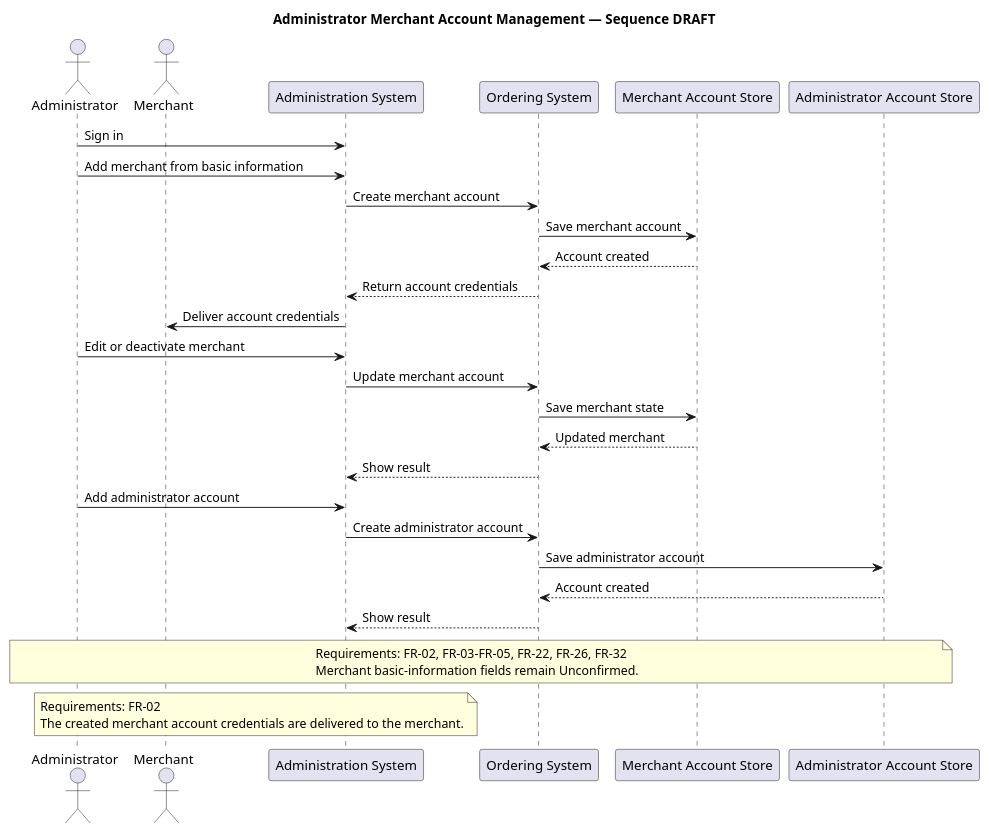
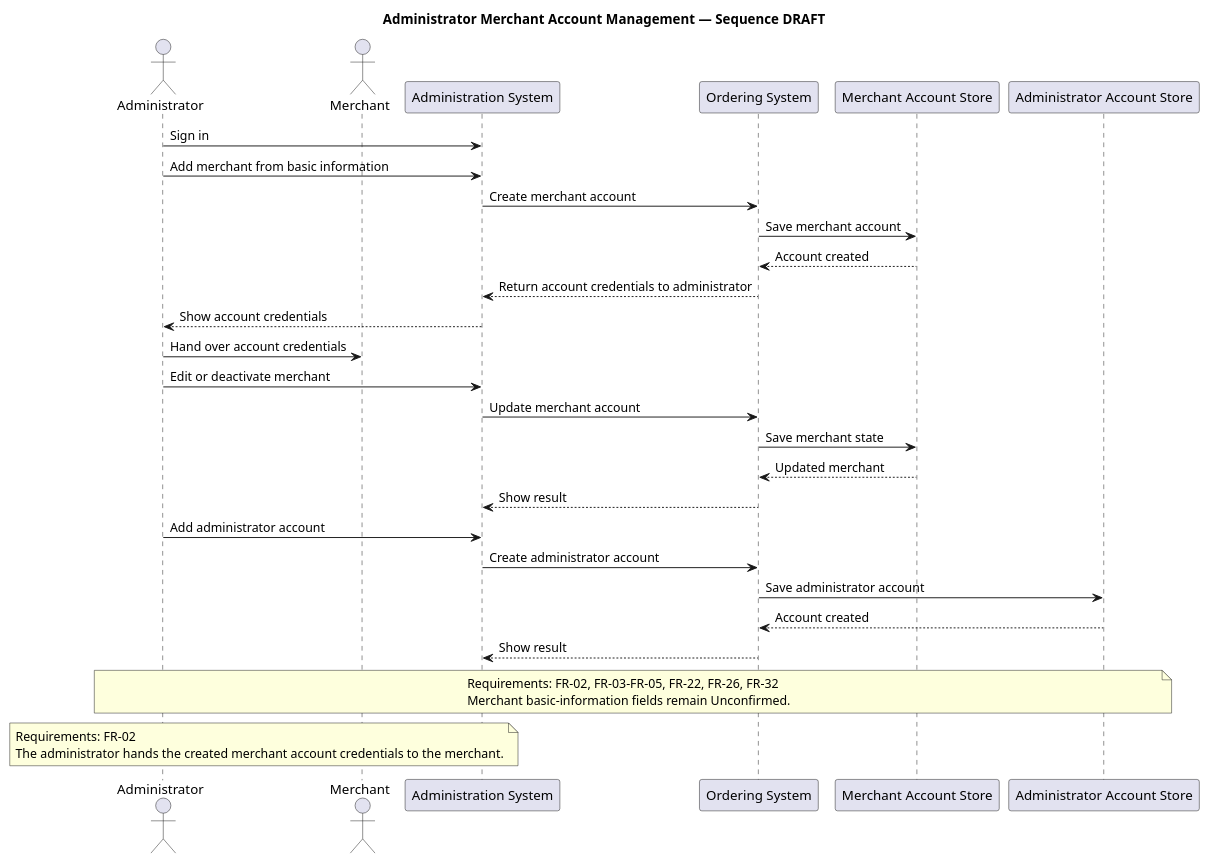
One commit to actcfx/CampusFoodOrderingSystem changed the diagram in specs/001-campus-ordering/uml/sequence-admin.puml. Above: the diagram before and after it, drawn with PlantUML. The commit also changed 8 other files, not shown here.

Commit message:
Docs: Fix UML round 2 findings and update G4 record

```diff
--- a/specs/001-campus-ordering/uml/sequence-admin.puml
+++ b/specs/001-campus-ordering/uml/sequence-admin.puml
@@ -1,38 +1,39 @@
 @startuml
 title Administrator Merchant Account Management — Sequence DRAFT
 actor Administrator
 actor Merchant
 participant "Administration System" as AdminUI
 participant "Ordering System" as System
 participant "Merchant Account Store" as MerchantAccounts
 participant "Administrator Account Store" as AdministratorAccounts
 
 Administrator -> AdminUI: Sign in
 Administrator -> AdminUI: Add merchant from basic information
 AdminUI -> System: Create merchant account
 System -> MerchantAccounts: Save merchant account
 MerchantAccounts --> System: Account created
-System --> AdminUI: Return account credentials
-AdminUI -> Merchant: Deliver account credentials
+System --> AdminUI: Return account credentials to administrator
+AdminUI --> Administrator: Show account credentials
+Administrator -> Merchant: Hand over account credentials
 
 Administrator -> AdminUI: Edit or deactivate merchant
 AdminUI -> System: Update merchant account
 System -> MerchantAccounts: Save merchant state
 MerchantAccounts --> System: Updated merchant
 System --> AdminUI: Show result
 
 Administrator -> AdminUI: Add administrator account
 AdminUI -> System: Create administrator account
 System -> AdministratorAccounts: Save administrator account
 AdministratorAccounts --> System: Account created
 System --> AdminUI: Show result
 
 note over Administrator,AdministratorAccounts
   Requirements: FR-02, FR-03–FR-05, FR-22, FR-26, FR-32
   Merchant basic-information fields remain Unconfirmed.
 end note
-note over AdminUI,Merchant
+note over Administrator,Merchant
   Requirements: FR-02
-  The created merchant account credentials are delivered to the merchant.
+  The administrator hands the created merchant account credentials to the merchant.
 end note
 @enduml
```
